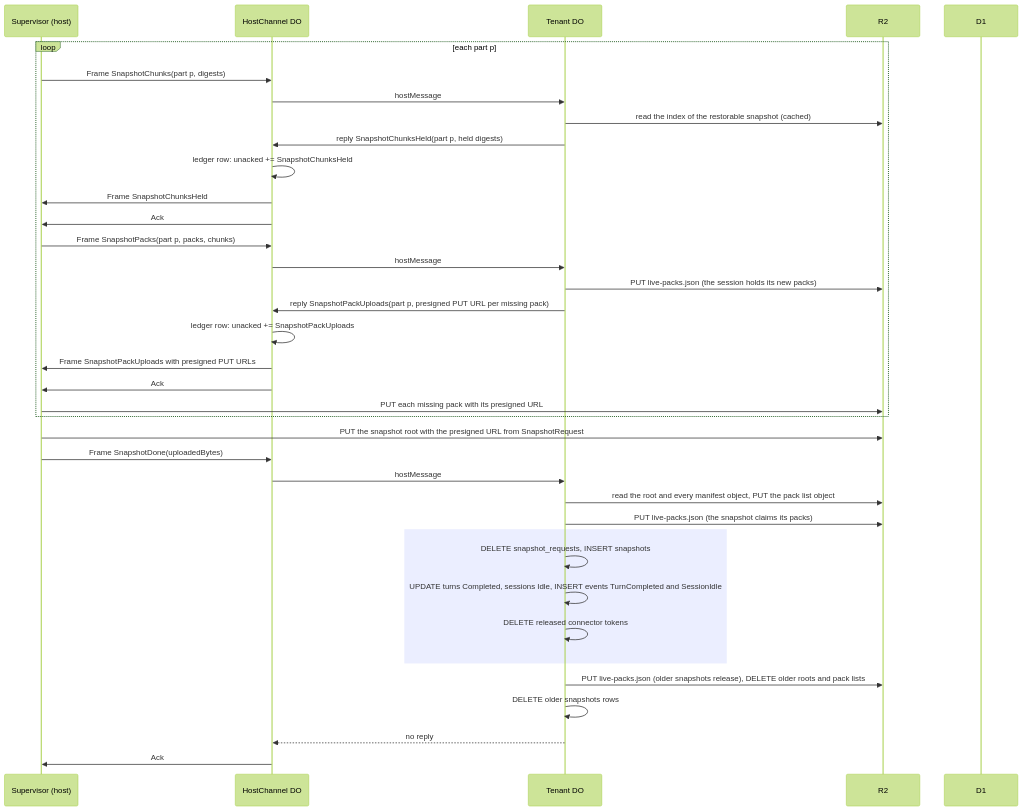
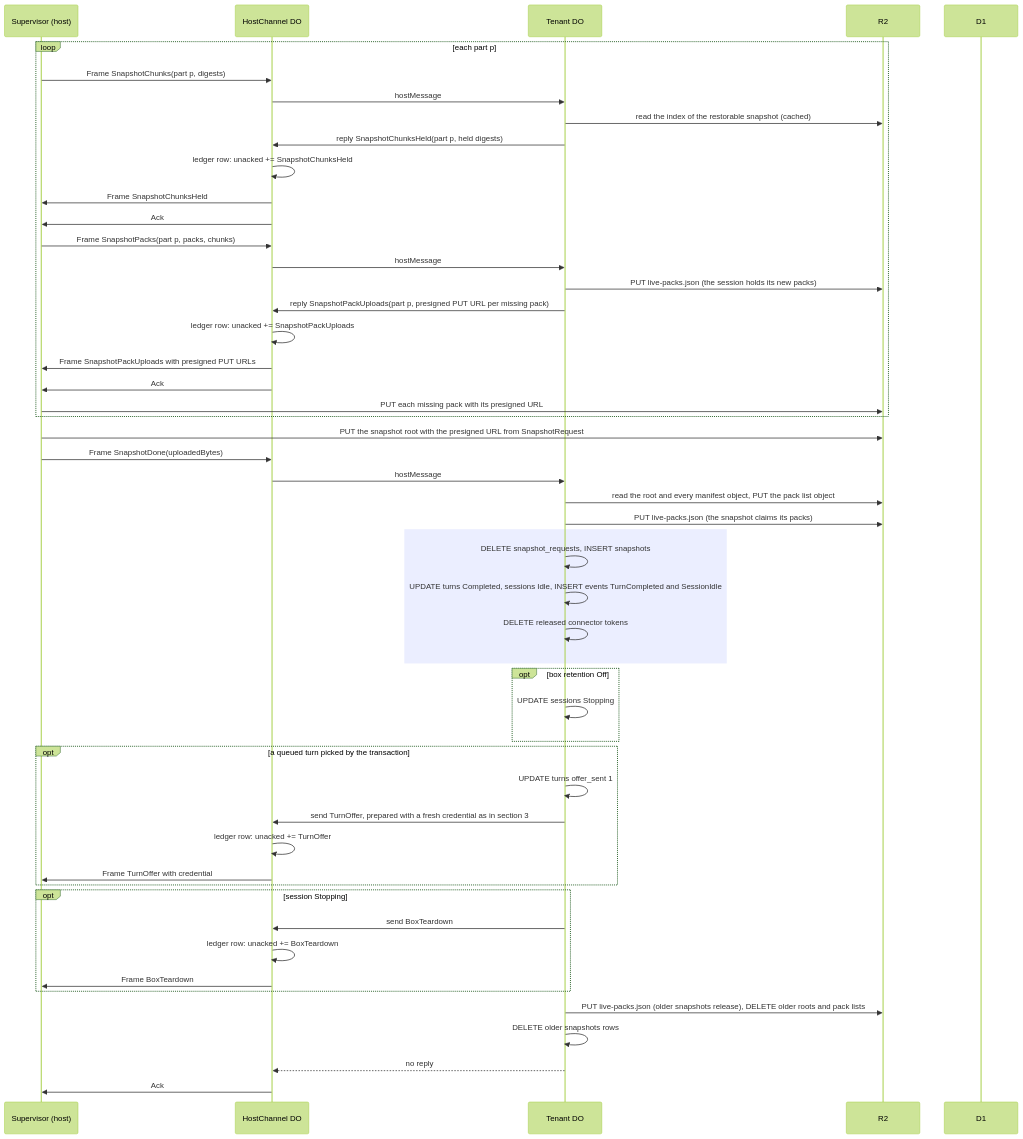
One commit to tumpel/protocol changed the sixth of 11 diagrams in doc/RFC/RFC-TUM-HostSequences.md. Above: the diagram before and after it, drawn with Mermaid (forest theme). The commit also changed other lines of this file, not shown here.

Commit message:
docs(rfc): correct the eviction, snapshot and hello sequences

````diff
--- a/doc/RFC/RFC-TUM-HostSequences.md
+++ b/doc/RFC/RFC-TUM-HostSequences.md
@@ -249,39 +250,53 @@
 ```mermaid
 sequenceDiagram
   participant S as Supervisor (host)
   participant H as HostChannel DO
   participant T as Tenant DO
   participant R as R2
   participant D as D1
   loop each part p
     S->>H: Frame SnapshotChunks(part p, digests)
     H->>T: hostMessage
     T->>R: read the index of the restorable snapshot (cached)
     T->>H: reply SnapshotChunksHeld(part p, held digests)
     H->>H: ledger row: unacked += SnapshotChunksHeld
     H->>S: Frame SnapshotChunksHeld
     H->>S: Ack
     S->>H: Frame SnapshotPacks(part p, packs, chunks)
     H->>T: hostMessage
     T->>R: PUT live-packs.json (the session holds its new packs)
     T->>H: reply SnapshotPackUploads(part p, presigned PUT URL per missing pack)
     H->>H: ledger row: unacked += SnapshotPackUploads
     H->>S: Frame SnapshotPackUploads with presigned PUT URLs
     H->>S: Ack
     S->>R: PUT each missing pack with its presigned URL
   end
   S->>R: PUT the snapshot root with the presigned URL from SnapshotRequest
   S->>H: Frame SnapshotDone(uploadedBytes)
   H->>T: hostMessage
   T->>R: read the root and every manifest object, PUT the pack list object
   T->>R: PUT live-packs.json (the snapshot claims its packs)
   rect rgba(120, 140, 255, 0.15)
     T->>T: DELETE snapshot_requests, INSERT snapshots
     T->>T: UPDATE turns Completed, sessions Idle, INSERT events TurnCompleted and SessionIdle
     T->>T: DELETE released connector tokens
   end
+  opt box retention Off
+    T->>T: UPDATE sessions Stopping
+  end
+  opt a queued turn picked by the transaction
+    T->>T: UPDATE turns offer_sent 1
+    T->>H: send TurnOffer, prepared with a fresh credential as in section 3
+    H->>H: ledger row: unacked += TurnOffer
+    H->>S: Frame TurnOffer with credential
+  end
+  opt session Stopping
+    T->>H: send BoxTeardown
+    H->>H: ledger row: unacked += BoxTeardown
+    H->>S: Frame BoxTeardown
+  end
   T->>R: PUT live-packs.json (older snapshots release), DELETE older roots and pack lists
   T->>T: DELETE older snapshots rows
   T-->>H: no reply
   H->>S: Ack
 ```
````
